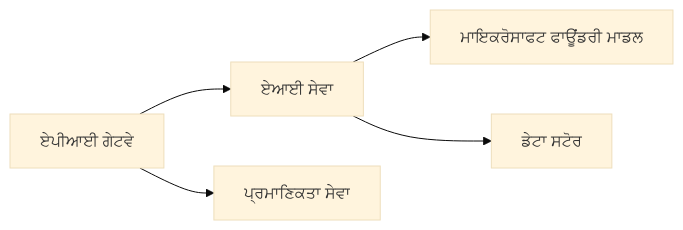
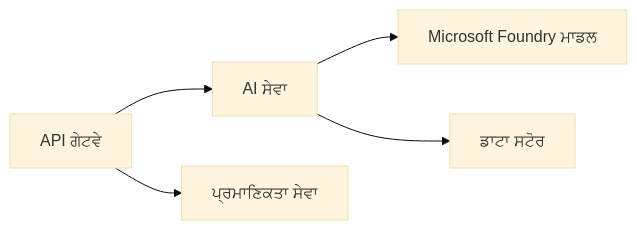
One commit to microsoft/AZD-for-beginners changed the first of 2 diagrams in translations/pa/docs/chapter-08-production/README.md. Above: the diagram before and after it, drawn with Mermaid (base theme). The commit also changed other lines of this file and 104 other files, not shown here.

````diff
--- a/translations/pa/docs/chapter-08-production/README.md
+++ b/translations/pa/docs/chapter-08-production/README.md
@@ -48,6 +48,6 @@
 ```mermaid
 graph LR
-    Gateway[ਏਪੀਆਈ ਗੇਟਵੇ] --> AI[ਏਆਈ ਸੇਵਾ] --> Models[ਮਾਇਕਰੋਸਾਫਟ ਫਾਊਂਡਰੀ ਮਾਡਲ]
+    Gateway[API ਗੇਟਵੇ] --> AI[AI ਸੇਵਾ] --> Models[Microsoft Foundry ਮਾਡਲ]
     Gateway --> Auth[ਪ੍ਰਮਾਣਿਕਤਾ ਸੇਵਾ]
-    AI --> Data[ਡੇਟਾ ਸਟੋਰ]
+    AI --> Data[ਡਾਟਾ ਸਟੋਰ]
 ```
````
